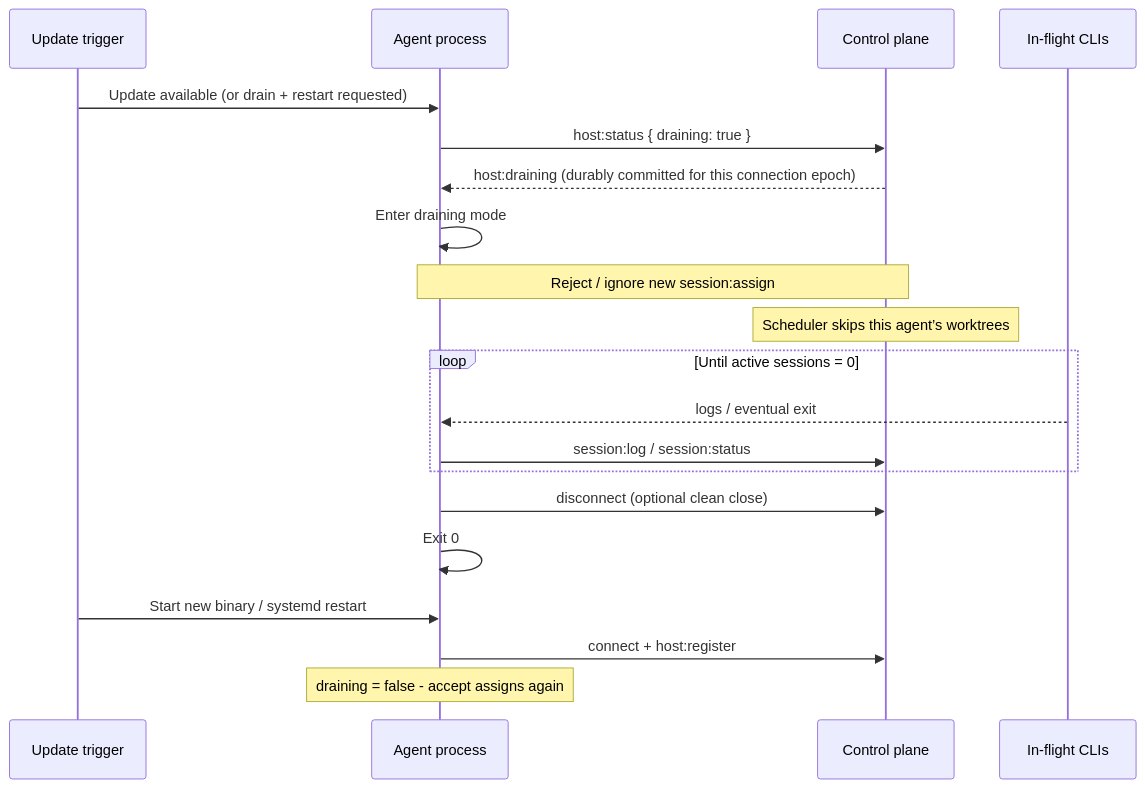
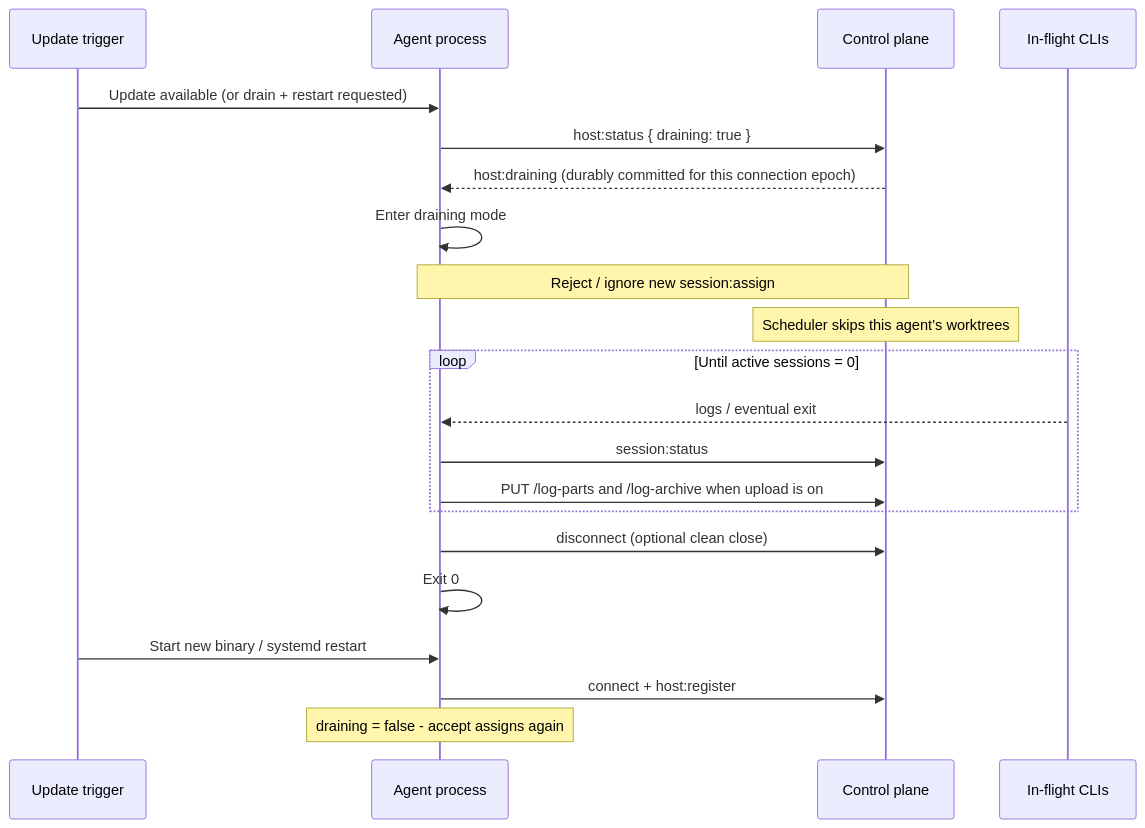
Before and after one commit to jonathanong/auto-harness: the fifth of 5 diagrams in docs/host-daemon.md, drawn with Mermaid. The commit also changed other lines of this file and 13 other files, not shown here.

````diff
--- a/docs/host-daemon.md
+++ b/docs/host-daemon.md
@@ -959,25 +964,26 @@
 ```mermaid
 sequenceDiagram
     participant Updater as Update trigger
     participant Agent as Agent process
     participant AWS as Control plane
     participant CLI as In-flight CLIs
 
     Updater->>Agent: Update available (or drain + restart requested)
     Agent->>AWS: host:status { draining: true }
     AWS-->>Agent: host:draining (durably committed for this connection epoch)
     Agent->>Agent: Enter draining mode
     Note over Agent,AWS: Reject / ignore new session:assign
     Note over AWS: Scheduler skips this agent’s worktrees
 
     loop Until active sessions = 0
         CLI-->>Agent: logs / eventual exit
-        Agent->>AWS: session:log / session:status
+        Agent->>AWS: session:status
+        Agent->>AWS: PUT /log-parts and /log-archive when upload is on
     end
 
     Agent->>AWS: disconnect (optional clean close)
     Agent->>Agent: Exit 0
     Updater->>Agent: Start new binary / systemd restart
     Agent->>AWS: connect + host:register
     Note over Agent: draining = false - accept assigns again
 ```
````
